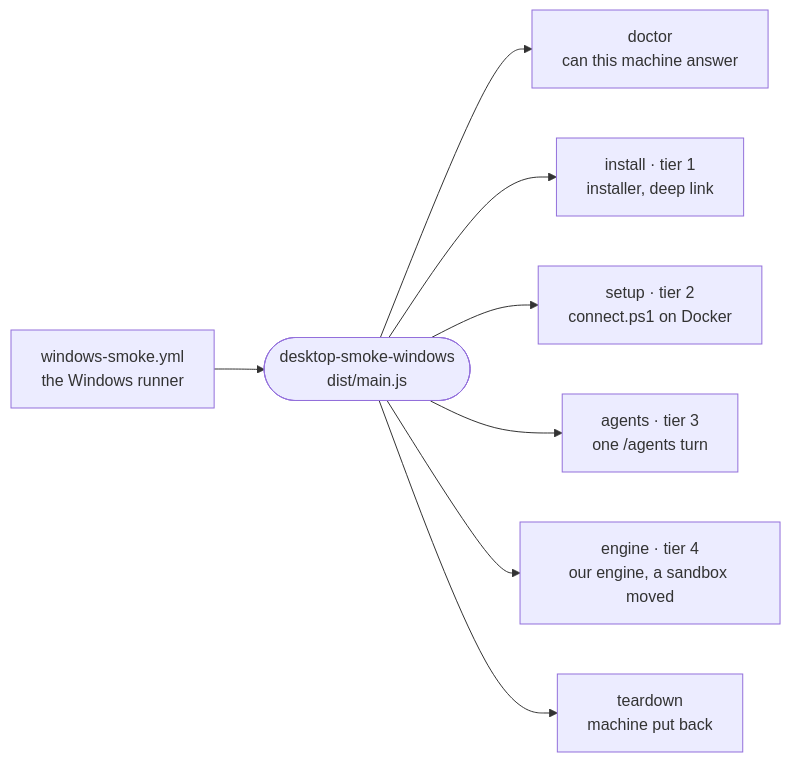
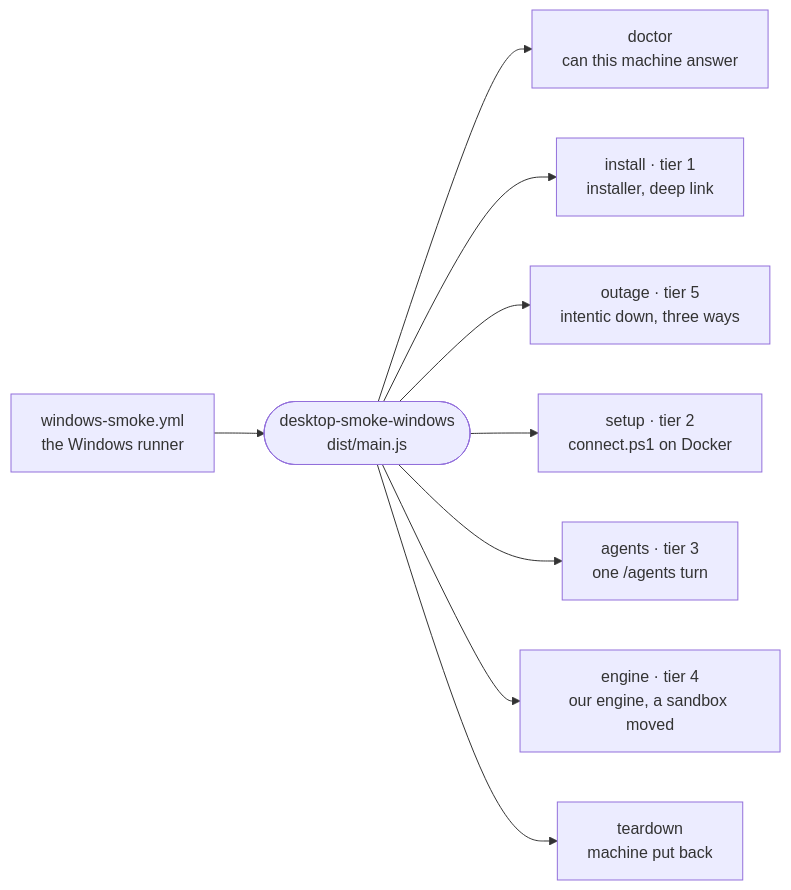
The diagram in _tools/desktop-smoke-windows/README.md (intentic/intentic), drawn with Mermaid before and after one commit. The commit also changed other lines of this file and 84 other files, not shown here.

````diff
--- a/_tools/desktop-smoke-windows/README.md
+++ b/_tools/desktop-smoke-windows/README.md
@@ -5,10 +5,11 @@
 ```mermaid
 flowchart LR
     wf["windows-smoke.yml<br/>the Windows runner"] --> main(["desktop-smoke-windows<br/>dist/main.js"])
     main --> doctor["doctor<br/>can this machine answer"]
     main --> install["install · tier 1<br/>installer, deep link"]
+    main --> outage["outage · tier 5<br/>intentic down, three ways"]
     main --> setup["setup · tier 2<br/>connect.ps1 on Docker"]
     main --> agents["agents · tier 3<br/>one /agents turn"]
     main --> engine["engine · tier 4<br/>our engine, a sandbox moved"]
     main --> teardown["teardown<br/>machine put back"]
 ```
````
